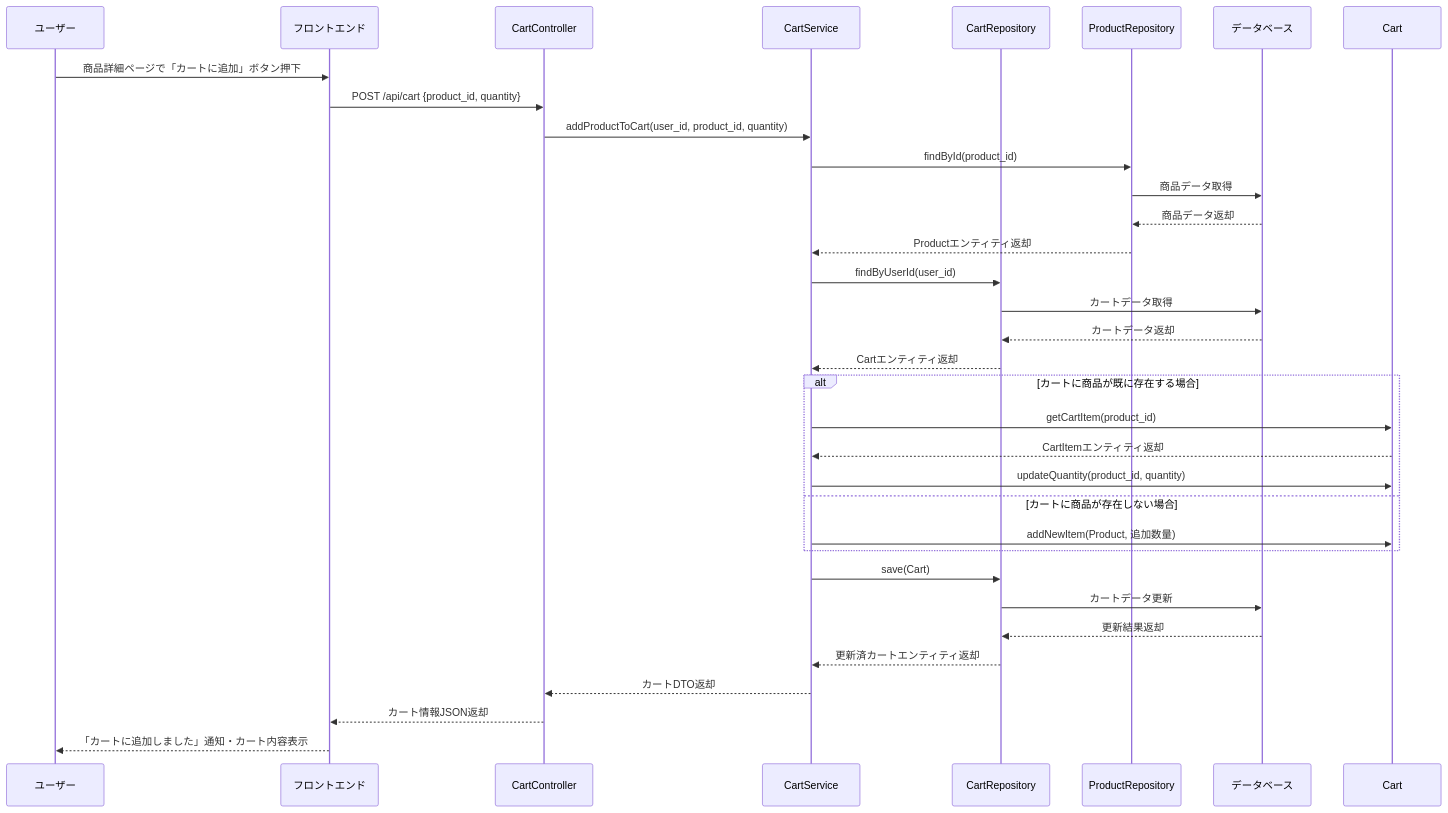
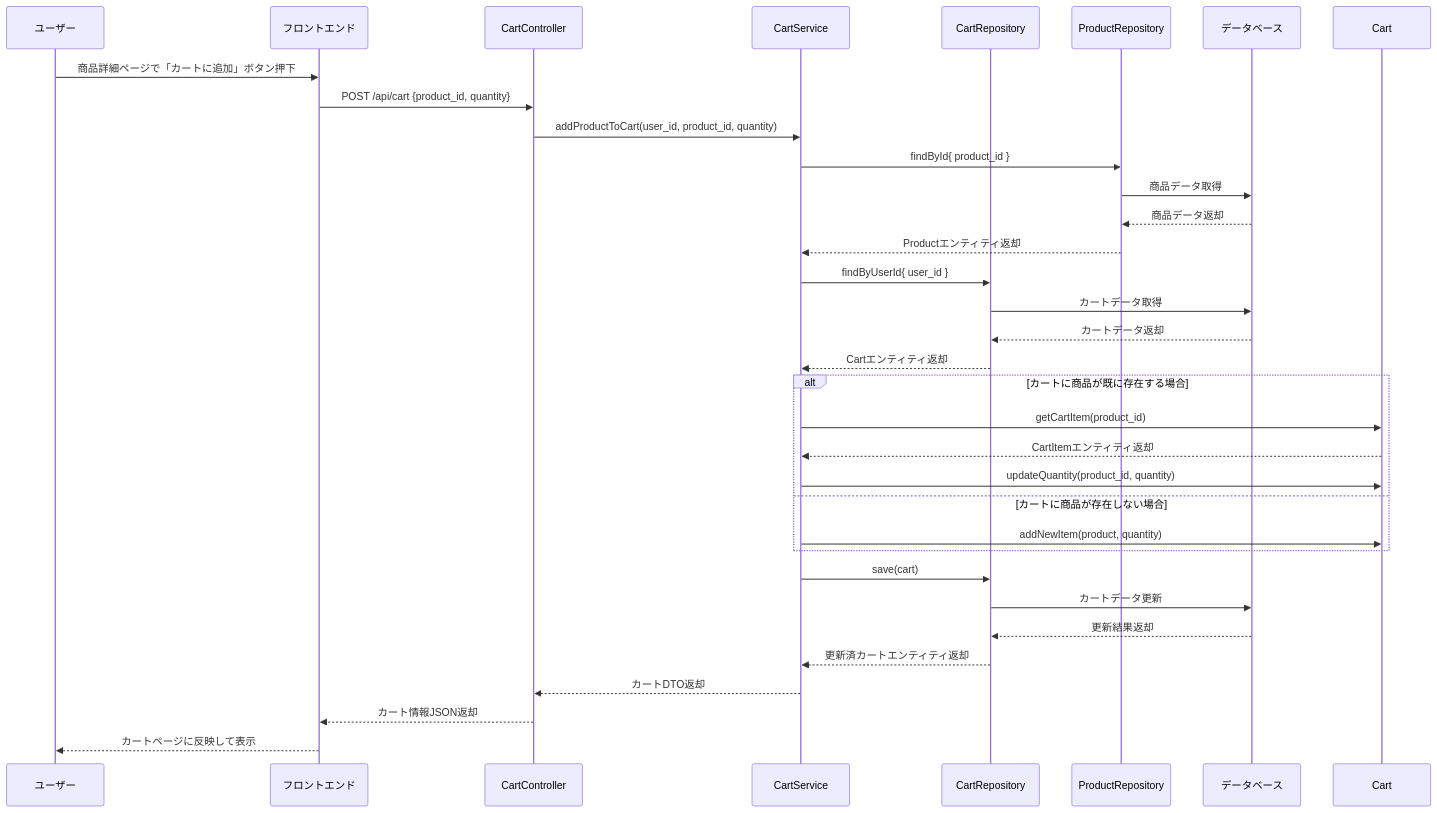
Before and after one commit to Aoi-Yaegashi/teamF: the sixth of 36 diagrams in 詳細設計/提出用/詳細設計書.md, drawn with Mermaid. The commit also changed other lines of this file and 1 other file, not shown here.

```diff
--- a/詳細設計/提出用/詳細設計書.md
+++ b/詳細設計/提出用/詳細設計書.md
@@ -529,36 +529,36 @@
 <div class="mermaid">
 sequenceDiagram
     participant User as ユーザー
     participant Browser as フロントエンド
     participant CartController as CartController
     participant CartService as CartService
     participant CartRepo as CartRepository
     participant ProductRepo as ProductRepository
     participant DB as データベース
 
     User->>Browser: 商品詳細ページで「カートに追加」ボタン押下
     Browser->>CartController: POST /api/cart {product_id, quantity}
     CartController->>CartService: addProductToCart(user_id, product_id, quantity)
-    CartService->>ProductRepo: findById(product_id)
+    CartService->>ProductRepo: findById{ product_id }
     ProductRepo->>DB: 商品データ取得
     DB-->>ProductRepo: 商品データ返却
     ProductRepo-->>CartService: Productエンティティ返却
-    CartService->>CartRepo: findByUserId(user_id)
+    CartService->>CartRepo: findByUserId{ user_id }
     CartRepo->>DB: カートデータ取得
     DB-->>CartRepo: カートデータ返却
     CartRepo-->>CartService: Cartエンティティ返却
     alt カートに商品が既に存在する場合
         CartService->>Cart: getCartItem(product_id)
         Cart-->>CartService: CartItemエンティティ返却
         CartService->>Cart: updateQuantity(product_id, quantity)
     else カートに商品が存在しない場合
-        CartService->>Cart: addNewItem(Product, 追加数量)
+        CartService->>Cart: addNewItem(product, quantity)
     end
-    CartService->>CartRepo: save(Cart)
+    CartService->>CartRepo: save(cart)
     CartRepo->>DB: カートデータ更新
     DB-->>CartRepo: 更新結果返却
     CartRepo-->>CartService: 更新済カートエンティティ返却
     CartService-->>CartController: カートDTO返却
     CartController-->>Browser: カート情報JSON返却
-    Browser-->>User: 「カートに追加しました」通知・カート内容表示
+    Browser-->>User: カートページに反映して表示
 </div>
```
